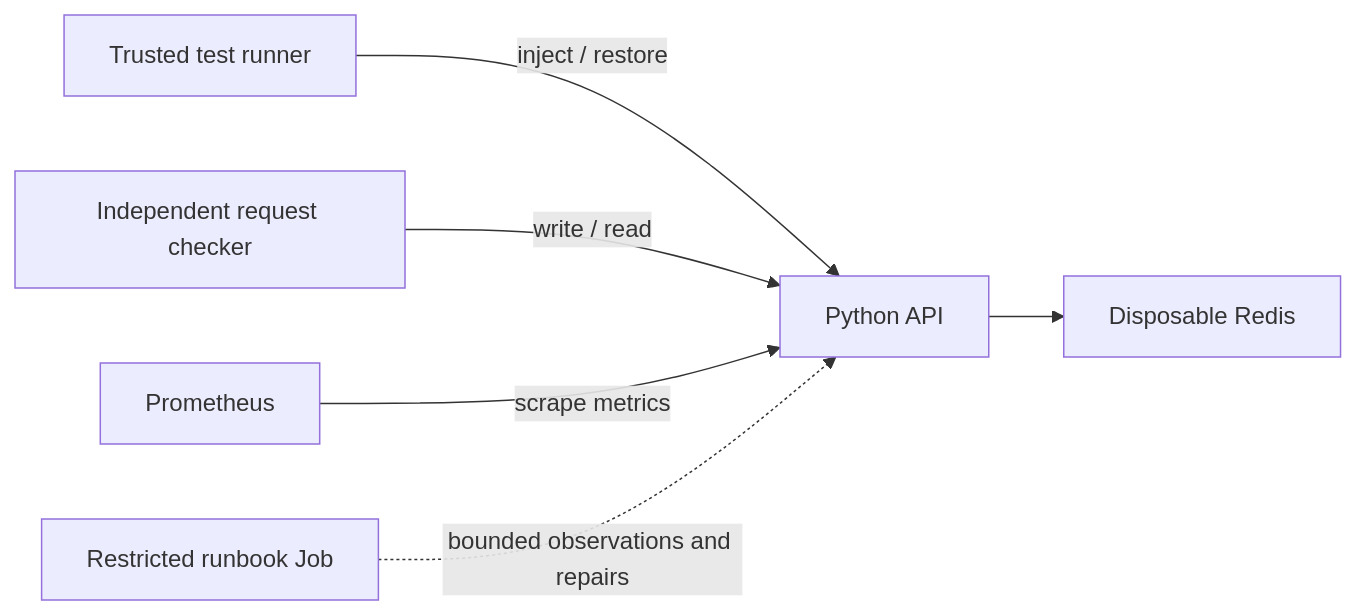
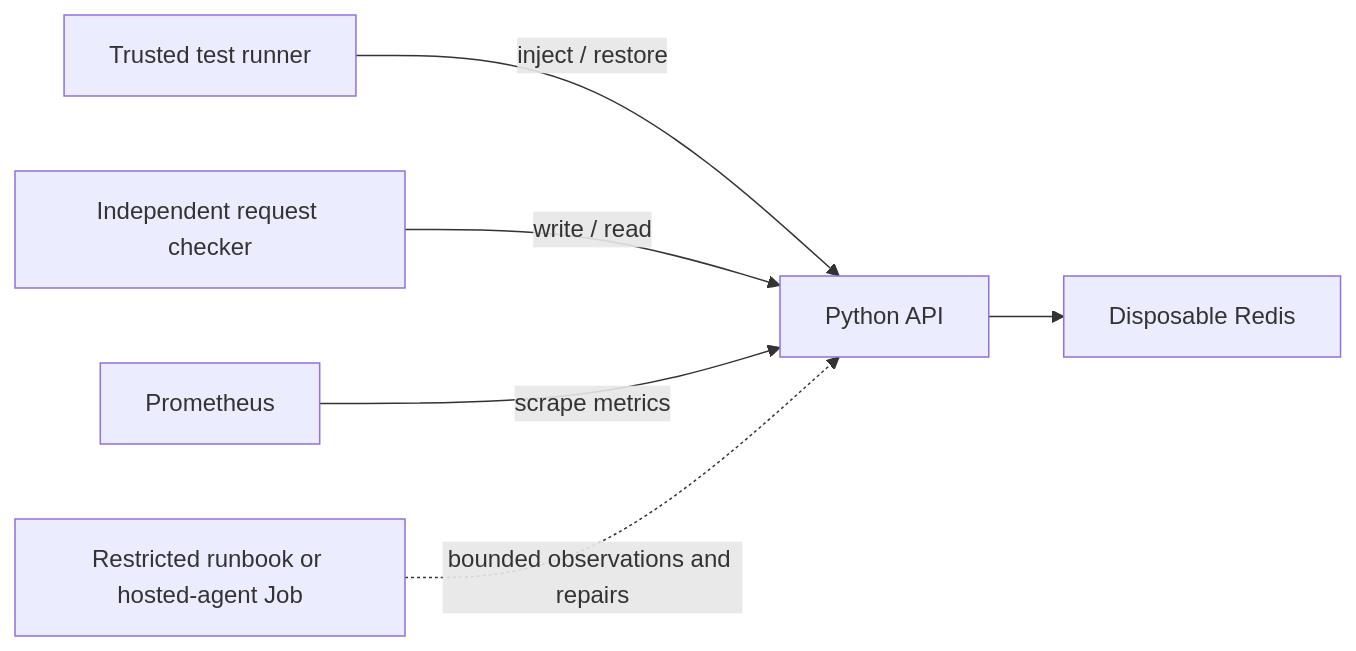
One commit to MAndersonASU/rackops changed the diagram in README.md. Above: the diagram before and after it, drawn with Mermaid. The commit also changed other lines of this file and 15 other files, not shown here.

````diff
--- a/README.md
+++ b/README.md
@@ -14,8 +16,8 @@
 ```mermaid
 flowchart LR
     Operator[Trusted test runner] -->|inject / restore| API[Python API]
     Probe[Independent request checker] -->|write / read| API
     API --> Redis[Disposable Redis]
     Prometheus -->|scrape metrics| API
-    Agent[Restricted runbook Job] -.->|bounded observations and repairs| API
+    Agent[Restricted runbook or hosted-agent Job] -.->|bounded observations and repairs| API
 ```
````
